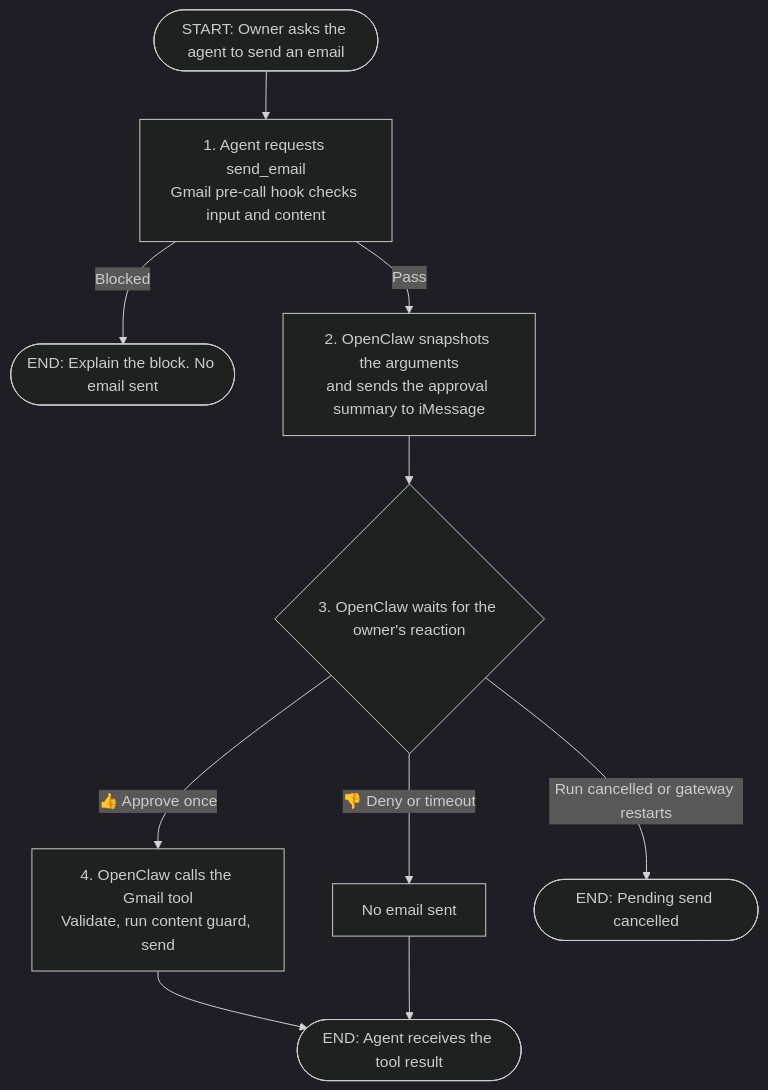
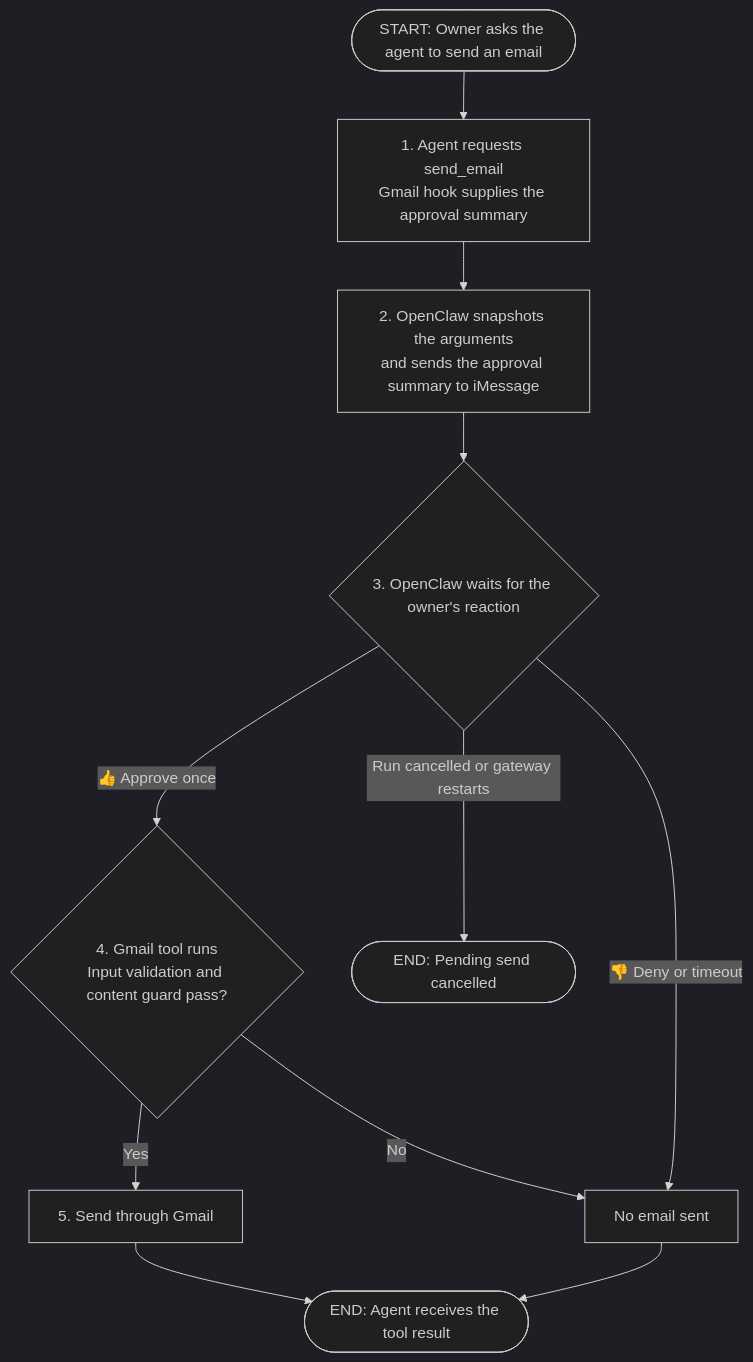
One commit to coletaylor788/puddles changed the diagram in docs/plans/todoist-68-asynchronous-tool-approvals.md. Above: the diagram before and after it, drawn with Mermaid (dark theme). The commit also changed other lines of this file, not shown here.

Commit message:
Run Gmail content checks after native approval

````diff
--- a/docs/plans/todoist-68-asynchronous-tool-approvals.md
+++ b/docs/plans/todoist-68-asynchronous-tool-approvals.md
@@ -17,13 +17,14 @@
 ```mermaid
 flowchart TD
     Start(["START: Owner asks the agent to send an email"])
-    Start --> Hook["1. Agent requests send_email<br/>Gmail pre-call hook checks input and content"]
-    Hook -->|"Blocked"| Blocked(["END: Explain the block. No email sent"])
-    Hook -->|"Pass"| Approval["2. OpenClaw snapshots the arguments<br/>and sends the approval summary to iMessage"]
+    Start --> Hook["1. Agent requests send_email<br/>Gmail hook supplies the approval summary"]
+    Hook --> Approval["2. OpenClaw snapshots the arguments<br/>and sends the approval summary to iMessage"]
     Approval --> Wait{"3. OpenClaw waits for the owner's reaction"}
-    Wait -->|"👍 Approve once"| Send["4. OpenClaw calls the Gmail tool<br/>Validate, run content guard, send"]
+    Wait -->|"👍 Approve once"| Checks{"4. Gmail tool runs<br/>Input validation and content guard pass?"}
+    Checks -->|"Yes"| Send["5. Send through Gmail"]
+    Checks -->|"No"| NoSend
     Wait -->|"👎 Deny or timeout"| NoSend["No email sent"]
     Wait -->|"Run cancelled or gateway restarts"| Cancelled(["END: Pending send cancelled"])
     Send --> Result(["END: Agent receives the tool result"])
     NoSend --> Result
 ```
````
